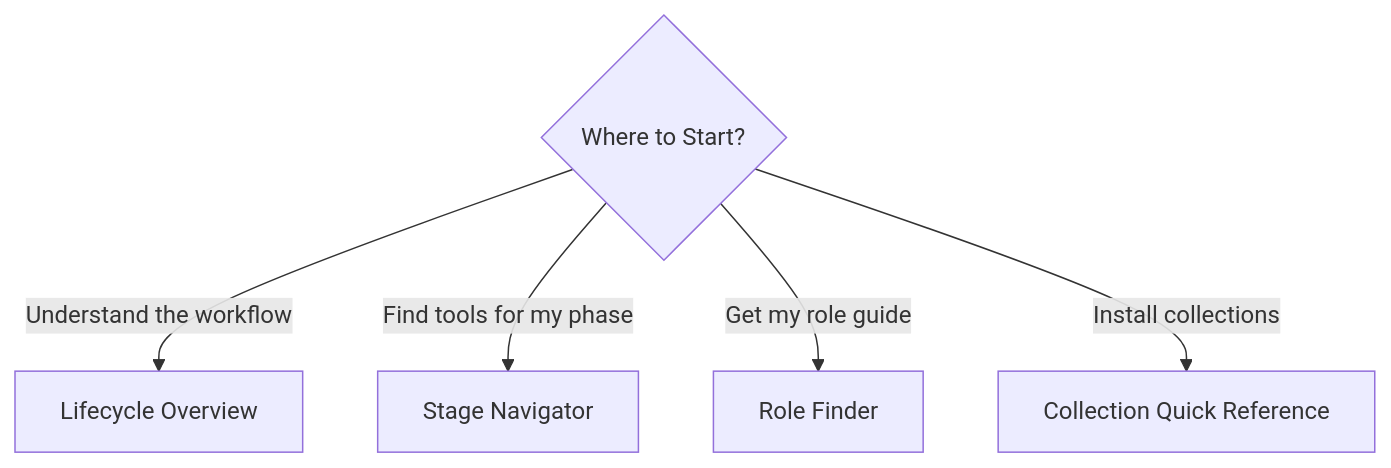
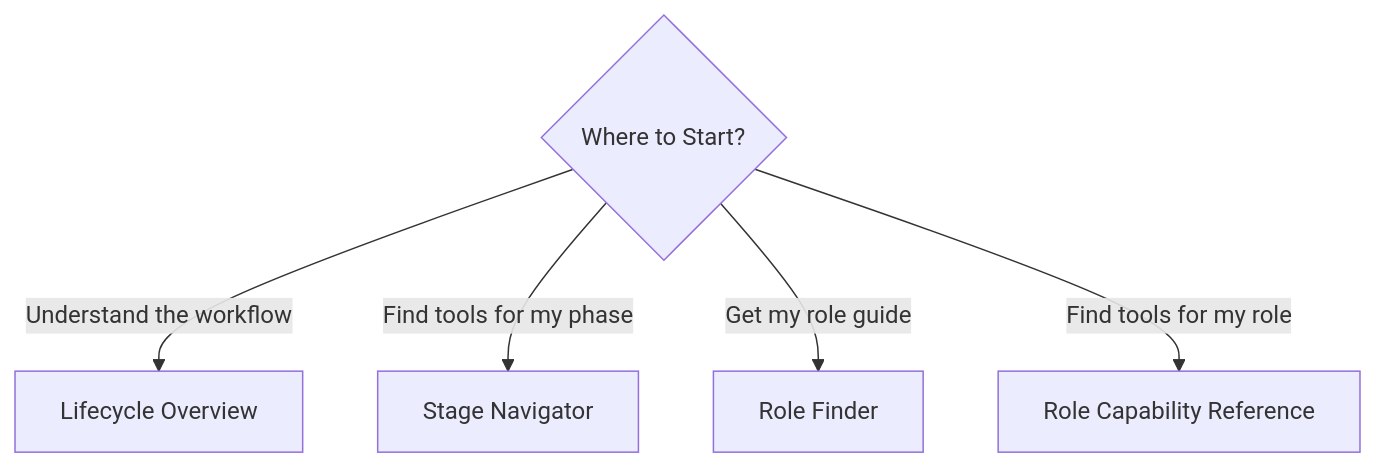
One commit to MohammedAlkindi/hve-core changed the second of 2 diagrams in docs/hve-guide/README.md. Above: the diagram before and after it, drawn with Mermaid. The commit also changed other lines of this file and 999 other files, not shown here.

````diff
--- a/docs/hve-guide/README.md
+++ b/docs/hve-guide/README.md
@@ -83,7 +83,7 @@
 ```mermaid
 flowchart TD
     START{Where to Start?} -->|Understand the workflow| LC[Lifecycle Overview]
     START -->|Find tools for my phase| SN[Stage Navigator]
     START -->|Get my role guide| RF[Role Finder]
-    START -->|Install collections| CQ[Collection Quick Reference]
+    START -->|Find tools for my role| CQ[Role Capability Reference]
 ```
````
